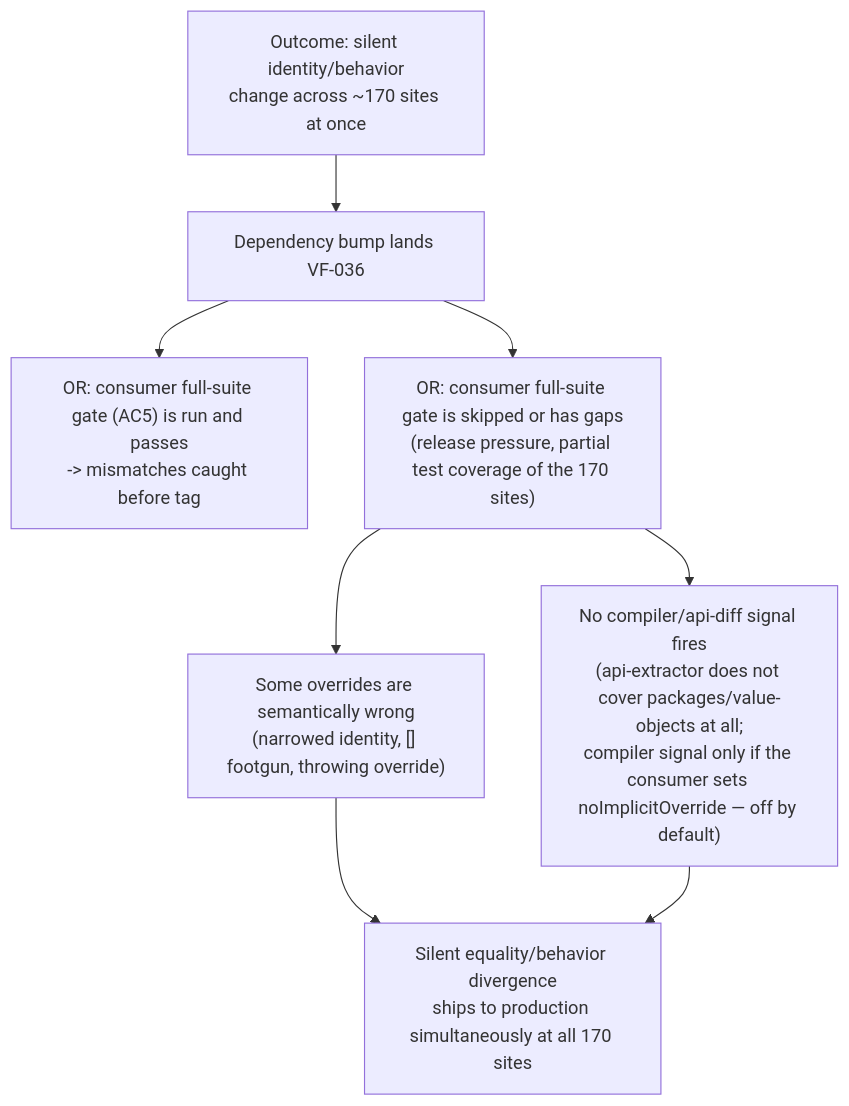
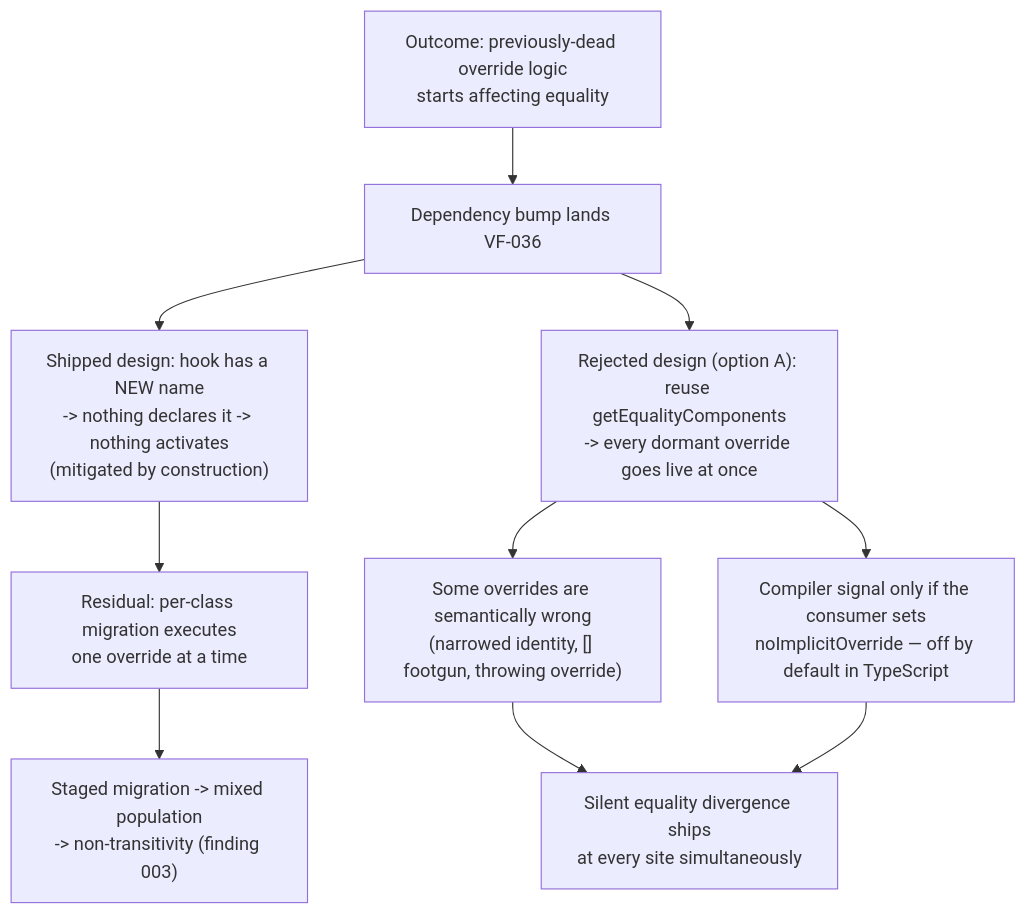
One commit to vytches/ddd changed the diagram in docs/security/threat-models/TM-VF-036.md. Above: the diagram before and after it, drawn with Mermaid. The commit also changed other lines of this file and 4 other files, not shown here.

````diff
--- a/docs/security/threat-models/TM-VF-036.md
+++ b/docs/security/threat-models/TM-VF-036.md
@@ -89,11 +106,13 @@
 ```mermaid
 flowchart TD
-    GOAL["Outcome: silent identity/behavior<br/>change across ~170 sites at once"]
+    GOAL["Outcome: previously-dead override logic<br/>starts affecting equality"]
     GOAL --> A["Dependency bump lands VF-036"]
-    A --> B["OR: consumer full-suite gate (AC5) is run and passes<br/>-> mismatches caught before tag"]
-    A --> C["OR: consumer full-suite gate is skipped or has gaps<br/>(release pressure, partial test coverage of the 170 sites)"]
+    A --> B["Shipped design: hook has a NEW name<br/>-> nothing declares it -> nothing activates<br/>(mitigated by construction)"]
+    A --> C["Rejected design (option A): reuse getEqualityComponents<br/>-> every dormant override goes live at once"]
     C --> C1["Some overrides are semantically wrong<br/>(narrowed identity, [] footgun, throwing override)"]
-    C --> C2["No compiler/api-diff signal fires<br/>(api-extractor does not cover packages/value-objects at all;<br/>compiler signal only if the consumer sets noImplicitOverride — off by default)"]
-    C1 --> D["Silent equality/behavior divergence<br/>ships to production simultaneously at all 170 sites"]
+    C --> C2["Compiler signal only if the consumer sets<br/>noImplicitOverride — off by default in TypeScript"]
+    C1 --> D["Silent equality divergence ships<br/>at every site simultaneously"]
     C2 --> D
+    B --> E["Residual: per-class migration executes<br/>one override at a time"]
+    E --> F["Staged migration -> mixed population<br/>-> non-transitivity (finding 003)"]
 ```
````
